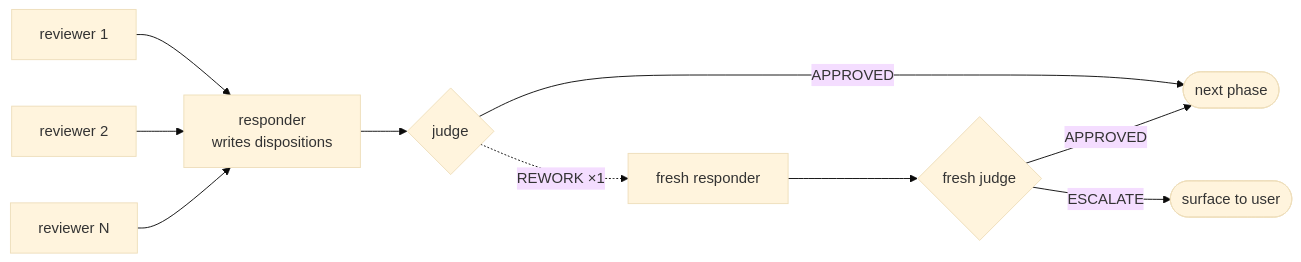
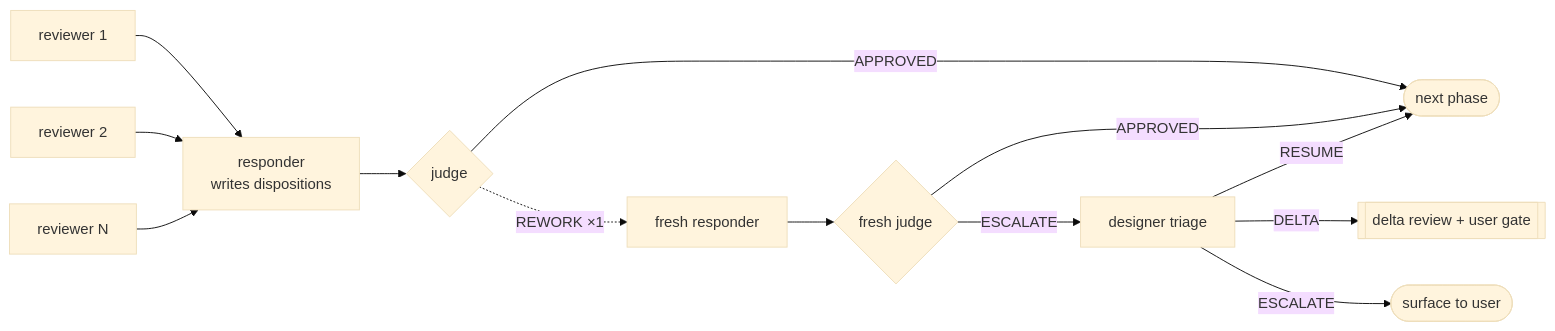
The second of 3 diagrams in README.md (rnortman/claude-plugins), drawn with Mermaid (base theme) before and after one commit. The commit also changed other lines of this file and 18 other files, not shown here.

````diff
--- a/README.md
+++ b/README.md
@@ -45,12 +43,15 @@
 ```mermaid
 flowchart LR
     R1[reviewer 1] --> Resp[responder<br/>writes dispositions]
     R2[reviewer 2] --> Resp
     Rn[reviewer N] --> Resp
     Resp --> J{judge}
     J -- APPROVED --> next([next phase])
     J -. REWORK ×1 .-> Resp2[fresh responder]
     Resp2 --> J2{fresh judge}
     J2 -- APPROVED --> next
-    J2 -- ESCALATE --> esc([surface to user])
+    J2 -- ESCALATE --> tri[designer triage]
+    tri -- RESUME --> next
+    tri -- DELTA --> delta[[delta review + user gate]]
+    tri -- ESCALATE --> esc([surface to user])
 ```
````
